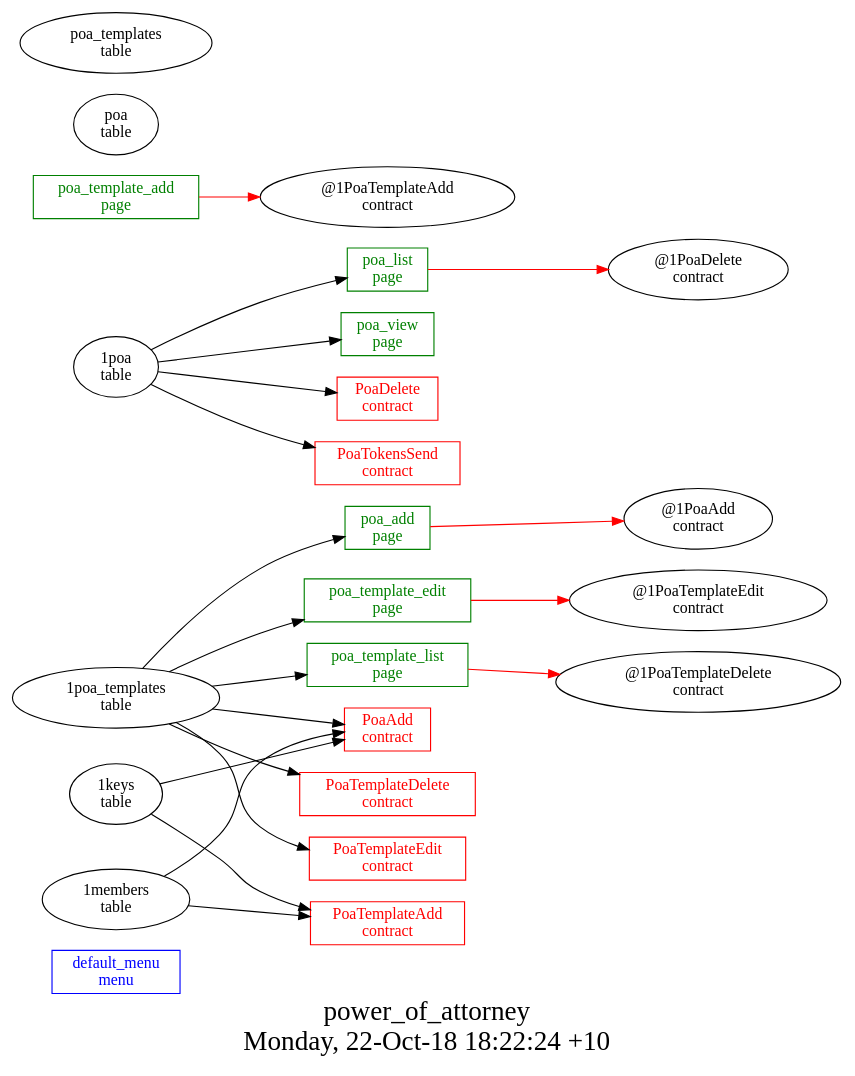
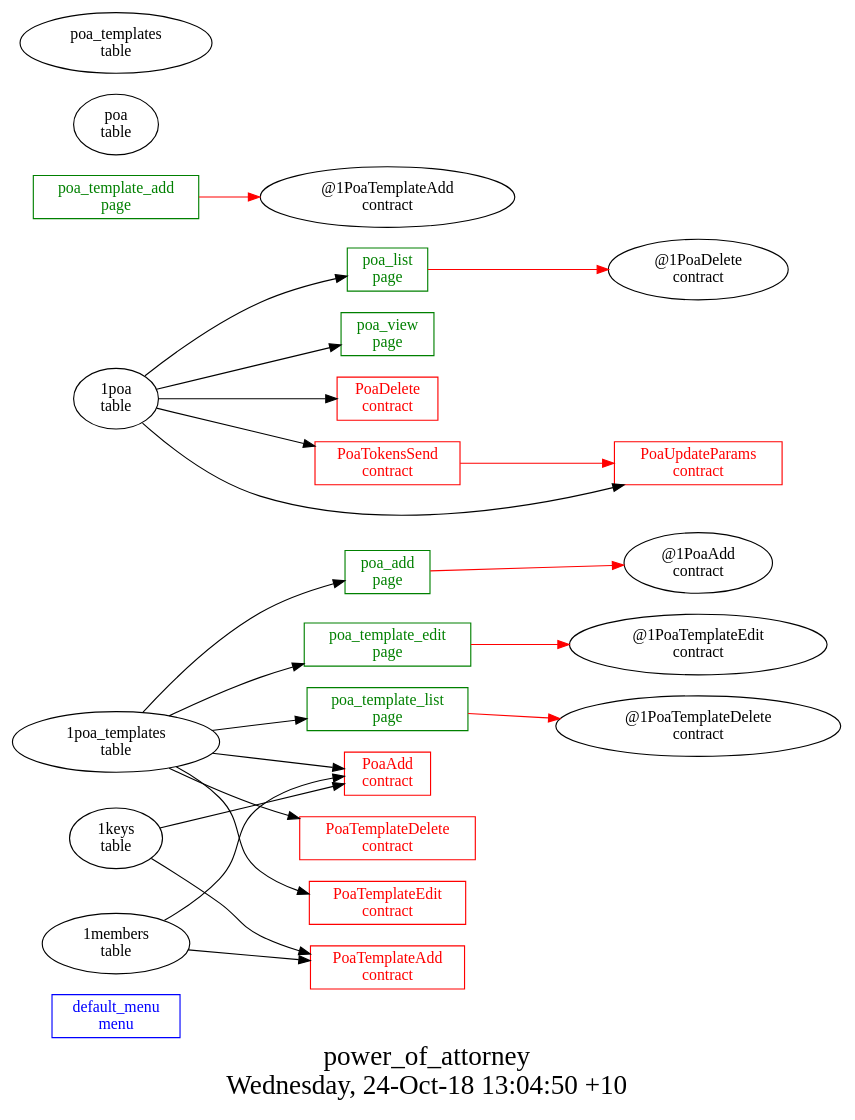
One commit to AplaProject/apps changed the diagram in other/power_of_attorney/struct.dot. Above: the diagram before and after it, drawn with Graphviz. The commit also changed 14 other files, not shown here.

```diff
--- a/other/power_of_attorney/struct.dot
+++ b/other/power_of_attorney/struct.dot
@@ -1,42 +1,45 @@
 digraph G {
 fontsize="24";
-label="power_of_attorney\nMonday, 22-Oct-18 18:22:24 +10";
+label="power_of_attorney\nWednesday, 24-Oct-18 13:04:50 +10";
 nojustify=true;
 ordering=out;
 rankdir=LR;
 size="30";
 "default_menu\nmenu" [color=blue, fontcolor=blue, group=menus, shape=record];
 "poa_add\npage" -> "@1PoaAdd\ncontract"  [ color=red ]
 "1poa_templates\ntable" -> "poa_add\npage"
 "poa_add\npage" [color=green, fontcolor=green, group=pages, shape=record];
 "poa_list\npage" -> "@1PoaDelete\ncontract"  [ color=red ]
 "1poa\ntable" -> "poa_list\npage"
 "poa_list\npage" [color=green, fontcolor=green, group=pages, shape=record];
 "poa_template_add\npage" -> "@1PoaTemplateAdd\ncontract"  [ color=red ]
 "poa_template_add\npage" [color=green, fontcolor=green, group=pages, shape=record];
 "poa_template_edit\npage" -> "@1PoaTemplateEdit\ncontract"  [ color=red ]
 "1poa_templates\ntable" -> "poa_template_edit\npage"
 "poa_template_edit\npage" [color=green, fontcolor=green, group=pages, shape=record];
 "poa_template_list\npage" -> "@1PoaTemplateDelete\ncontract"  [ color=red ]
 "1poa_templates\ntable" -> "poa_template_list\npage"
 "poa_template_list\npage" [color=green, fontcolor=green, group=pages, shape=record];
 "1poa\ntable" -> "poa_view\npage"
 "poa_view\npage" [color=green, fontcolor=green, group=pages, shape=record];
 "1members\ntable" -> "PoaAdd\ncontract"
 "1keys\ntable" -> "PoaAdd\ncontract"
 "1poa_templates\ntable" -> "PoaAdd\ncontract"
 "PoaAdd\ncontract" [color=red, fontcolor=red, group=contracts, shape=record];
 "1poa\ntable" -> "PoaDelete\ncontract"
 "PoaDelete\ncontract" [color=red, fontcolor=red, group=contracts, shape=record];
 "1members\ntable" -> "PoaTemplateAdd\ncontract"
 "1keys\ntable" -> "PoaTemplateAdd\ncontract"
 "PoaTemplateAdd\ncontract" [color=red, fontcolor=red, group=contracts, shape=record];
 "1poa_templates\ntable" -> "PoaTemplateDelete\ncontract"
 "PoaTemplateDelete\ncontract" [color=red, fontcolor=red, group=contracts, shape=record];
 "1poa_templates\ntable" -> "PoaTemplateEdit\ncontract"
 "PoaTemplateEdit\ncontract" [color=red, fontcolor=red, group=contracts, shape=record];
+"PoaTokensSend\ncontract" -> "PoaUpdateParams\ncontract"  [ color=red ]
 "1poa\ntable" -> "PoaTokensSend\ncontract"
 "PoaTokensSend\ncontract" [color=red, fontcolor=red, group=contracts, shape=record];
+"1poa\ntable" -> "PoaUpdateParams\ncontract"
+"PoaUpdateParams\ncontract" [color=red, fontcolor=red, group=contracts, shape=record];
 "poa\ntable" [color="", fontcolor="", group=tables, shape=""];
 "poa_templates\ntable" [color="", fontcolor="", group=tables, shape=""];
 }
```
